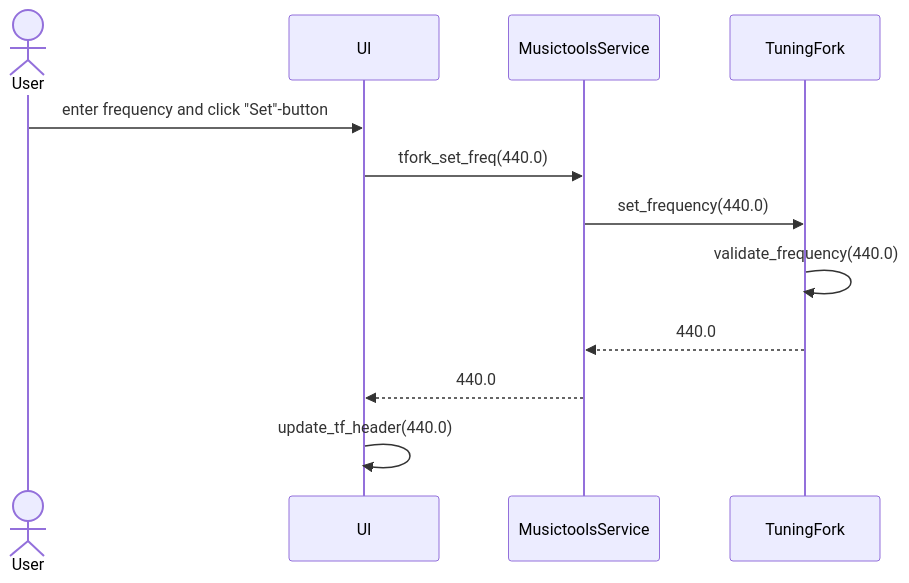
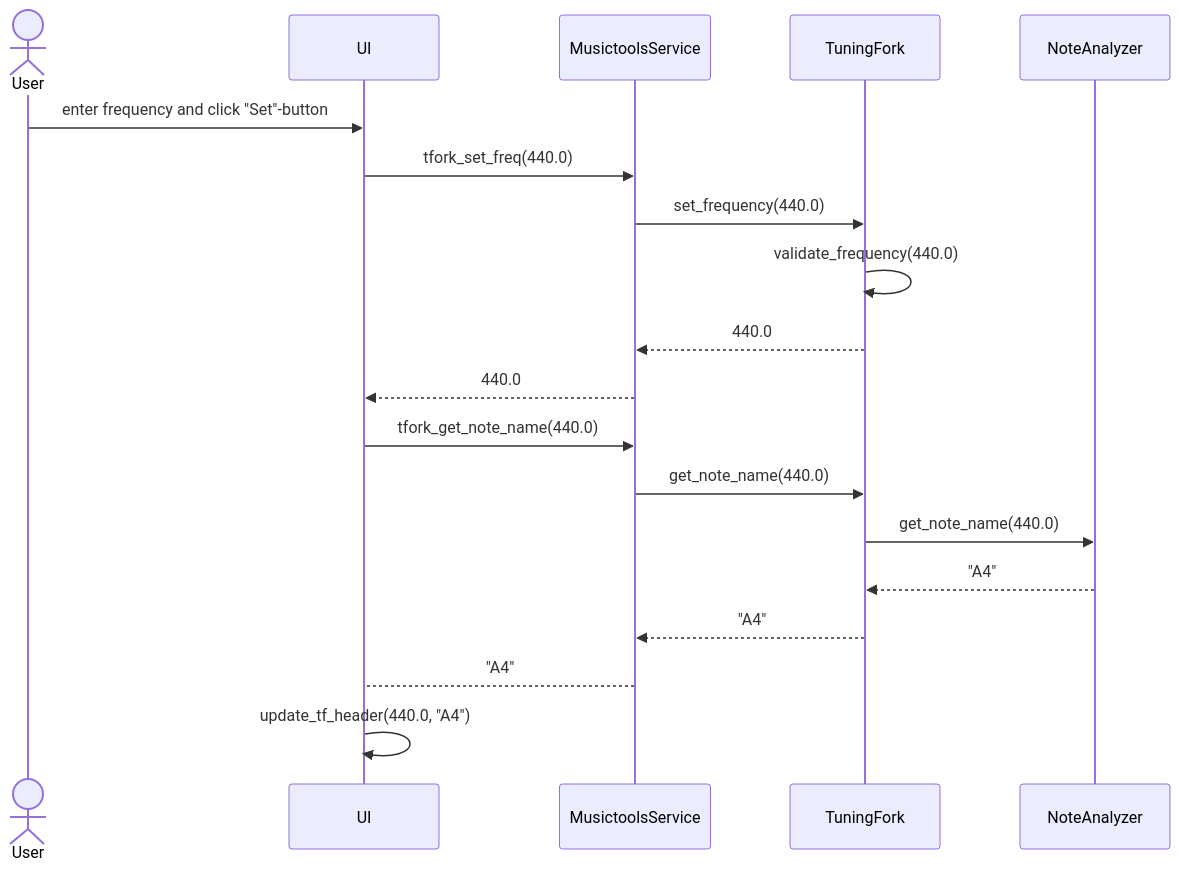
Before and after one commit to piamanns/ot-harjoitustyo: the second of 3 diagrams in musictools/dokumentaatio/arkkitehtuuri.md, drawn with Mermaid. The commit also changed other lines of this file, not shown here.

Commit message:
Add preliminary description of architecture

````diff
--- a/musictools/dokumentaatio/arkkitehtuuri.md
+++ b/musictools/dokumentaatio/arkkitehtuuri.md
@@ -50,13 +100,19 @@
 ```mermaid
 sequenceDiagram
     actor User
     participant UI
     participant MusictoolsService
     User->>UI: enter frequency and click "Set"-button
     UI->>MusictoolsService: tfork_set_freq(440.0)
     MusictoolsService->>TuningFork: set_frequency(440.0)
     TuningFork->>TuningFork: validate_frequency(440.0)
     TuningFork-->>MusictoolsService: 440.0
     MusictoolsService-->>UI: 440.0
-    UI->>UI: update_tf_header(440.0) 
+    UI->>MusictoolsService: tfork_get_note_name(440.0)
+    MusictoolsService->>TuningFork: get_note_name(440.0)
+    TuningFork->>NoteAnalyzer: get_note_name(440.0)
+    NoteAnalyzer-->>TuningFork: "A4"
+    TuningFork-->>MusictoolsService: "A4"
+    MusictoolsService-->UI: "A4"
+    UI->>UI: update_tf_header(440.0, "A4") 
 ```
````
